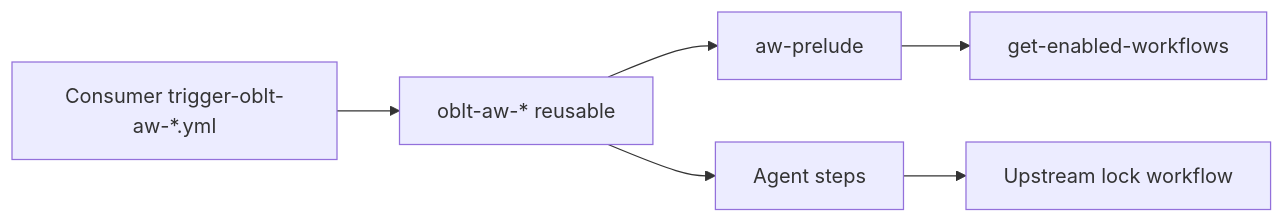
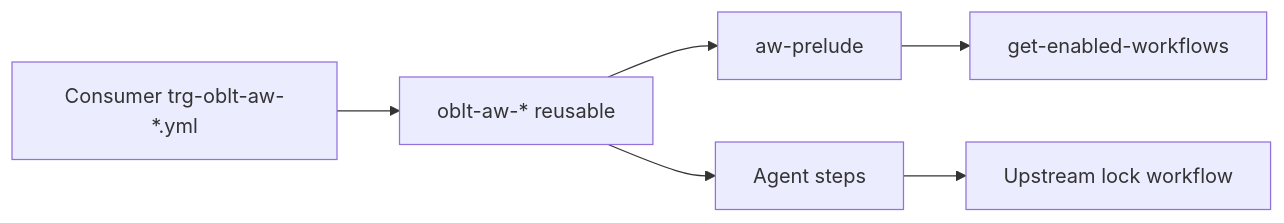
Before and after one commit to elastic/oblt-aw: the fourth of 4 diagrams in docs/architecture/overview.md, drawn with Mermaid. The commit also changed other lines of this file and 50 other files, not shown here.

First line of the commit message:
refactor(templates): shorten client prefix from trigger- to trg-

````diff
--- a/docs/architecture/overview.md
+++ b/docs/architecture/overview.md
@@ -183,8 +183,8 @@
 ```mermaid
 flowchart LR
-  A[Consumer trigger-oblt-aw-*.yml] --> G[oblt-aw-* reusable]
+  A[Consumer trg-oblt-aw-*.yml] --> G[oblt-aw-* reusable]
   G --> P[aw-prelude]
   P --> B[get-enabled-workflows]
   G --> D[Agent steps]
   D --> L[Upstream lock workflow]
 ```
````
